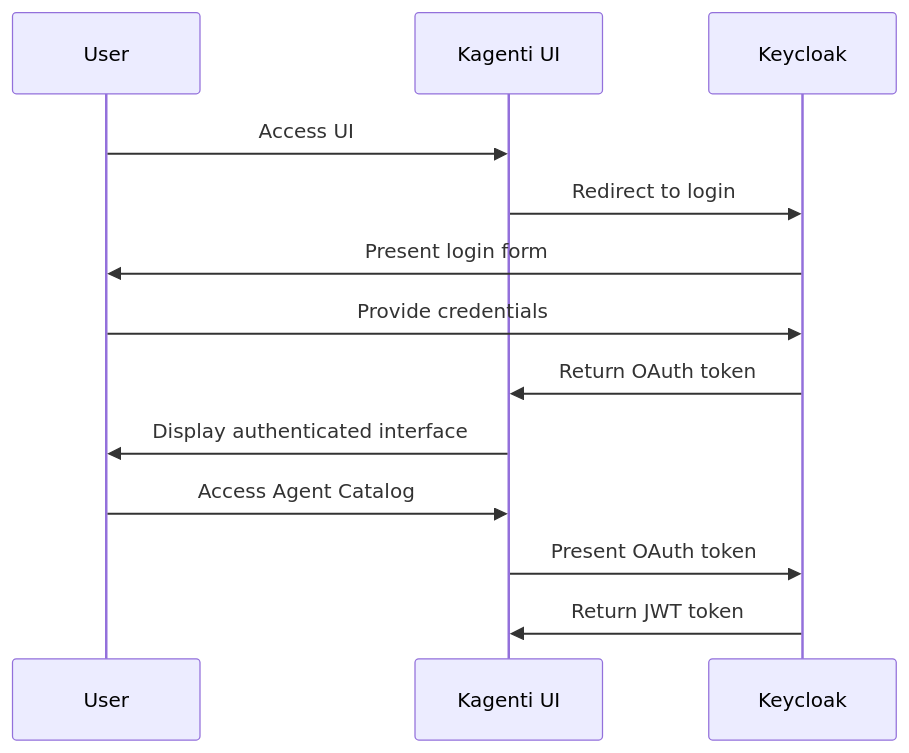
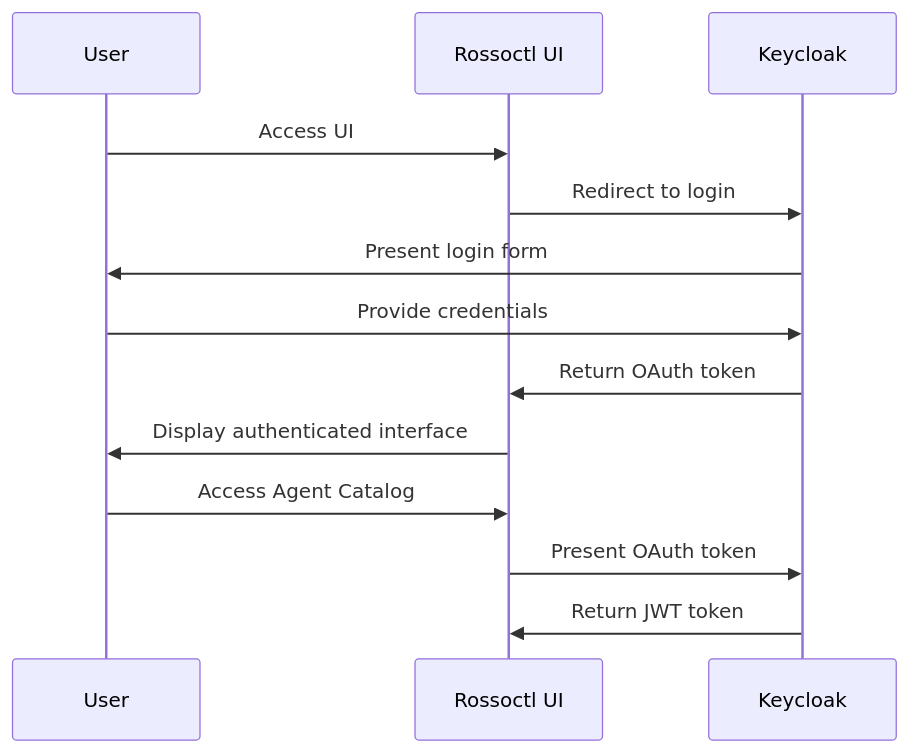
The diagram in docs/diagrams/01-user-authentication-flow.mmd (kagenti/kagenti), drawn with Mermaid before and after one commit. The commit also changed 1316 other files, not shown here.

First line of the commit message:
⚠️ Rename Kagenti → Rossoctl across the flagship repo (→ rossoctl)

```diff
--- a/docs/diagrams/01-user-authentication-flow.mmd
+++ b/docs/diagrams/01-user-authentication-flow.mmd
@@ -1,14 +1,14 @@
 sequenceDiagram
     participant User
-    participant UI as Kagenti UI
+    participant UI as Rossoctl UI
     participant KC as Keycloak
 
     User->>UI: Access UI
     UI->>KC: Redirect to login
     KC->>User: Present login form
     User->>KC: Provide credentials
     KC->>UI: Return OAuth token
     UI->>User: Display authenticated interface
     User->>UI: Access Agent Catalog
     UI->>KC: Present OAuth token
     KC->>UI: Return JWT token
```
